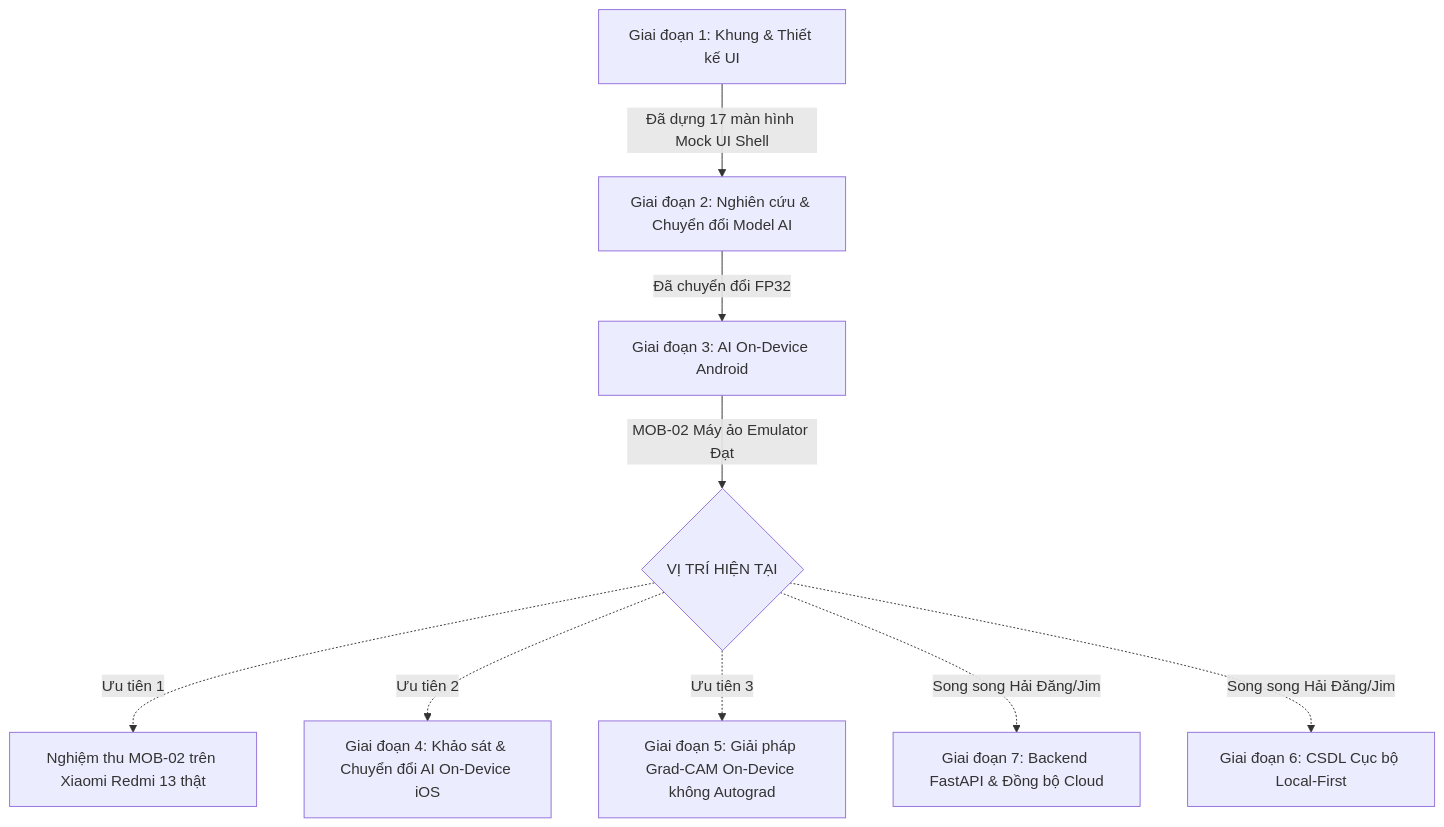
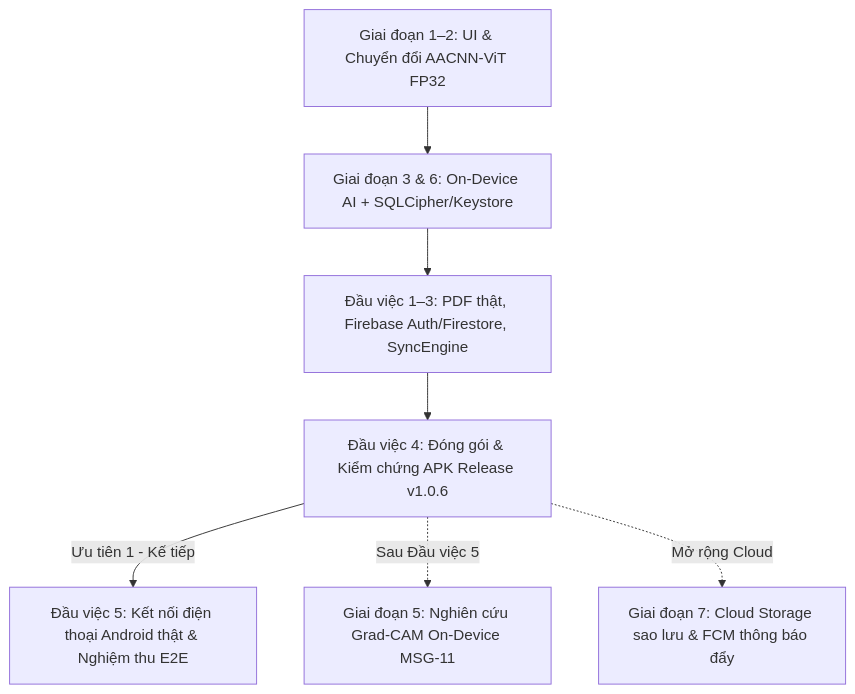
Before and after one commit to JWHYHSTS/LungCT_App: the diagram in docs/learning/ke-hoach-tong-the-lungct.md, drawn with Mermaid. The commit also changed other lines of this file and 1 other file, not shown here.

````diff
--- a/docs/learning/ke-hoach-tong-the-lungct.md
+++ b/docs/learning/ke-hoach-tong-the-lungct.md
@@ -20,11 +21,9 @@
 ```mermaid
 graph TD
-    A[Giai đoạn 1: Khung & Thiết kế UI] -->|Đã dựng 17 màn hình Mock UI Shell| B[Giai đoạn 2: Nghiên cứu & Chuyển đổi Model AI]
-    B -->|Đã chuyển đổi FP32| C[Giai đoạn 3: AI On-Device Android]
-    C -->|MOB-02 Máy ảo Emulator Đạt| D{VỊ TRÍ HIỆN TẠI}
-    D -.->|Ưu tiên 1| E[Nghiệm thu MOB-02 trên Xiaomi Redmi 13 thật]
-    D -.->|Ưu tiên 2| F[Giai đoạn 4: Khảo sát & Chuyển đổi AI On-Device iOS]
-    D -.->|Ưu tiên 3| G[Giai đoạn 5: Giải pháp Grad-CAM On-Device không Autograd]
-    D -.->|Song song Hải Đăng/Jim| H[Giai đoạn 7: Backend FastAPI & Đồng bộ Cloud]
-    D -.->|Song song Hải Đăng/Jim| I[Giai đoạn 6: CSDL Cục bộ Local-First]
+    A[Giai đoạn 1–2: UI & Chuyển đổi AACNN-ViT FP32] --> B[Giai đoạn 3 & 6: On-Device AI + SQLCipher/Keystore]
+    B --> C[Đầu việc 1–3: PDF thật, Firebase Auth/Firestore, SyncEngine]
+    C --> D[Đầu việc 4: Đóng gói & Kiểm chứng APK Release v1.0.6]
+    D -->|Ưu tiên 1 - Kế tiếp| E[Đầu việc 5: Kết nối điện thoại Android thật & Nghiệm thu E2E]
+    D -.->|Sau Đầu việc 5| F[Giai đoạn 5: Nghiên cứu Grad-CAM On-Device MSG-11]
+    D -.->|Mở rộng Cloud| G[Giai đoạn 7: Cloud Storage sao lưu & FCM thông báo đẩy]
 ```
````
